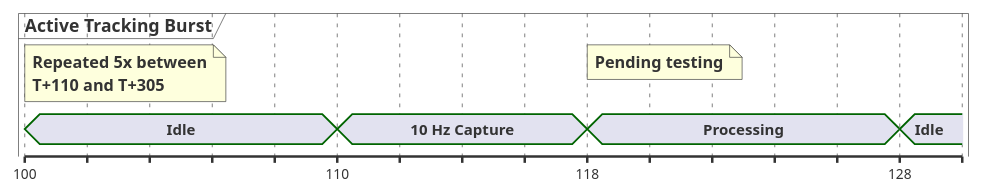
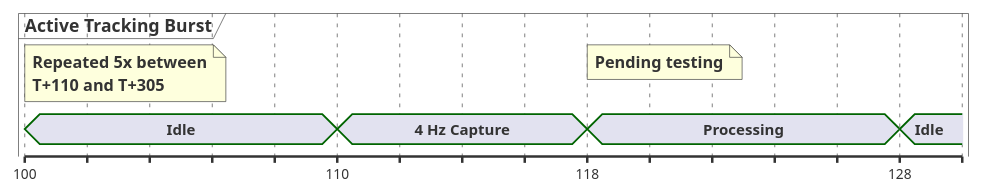
The diagram in Timing Diagram/infratracker tracking.puml (Terminus-Suborbital-Research-Program/AMALTHEA-Software-Systems), drawn with PlantUML before and after one commit.

Commit message:
Updated timing

```diff
--- a/Timing Diagram/infratracker tracking.puml
+++ b/Timing Diagram/infratracker tracking.puml
@@ -1,21 +1,21 @@
 @startuml infratracker
 
 concise "Active Tracking Burst" as I
 
 
 @100
 I is "Idle"
 note top of I : Repeated 5x between\nT+110 and T+305
 
 @110
-I is "10 Hz Capture"
+I is "4 Hz Capture"
 
 @+8
 I is "Processing"
 note top of I : Pending testing
 
 @+10
 I is "Idle"
 
 
 @enduml
```
